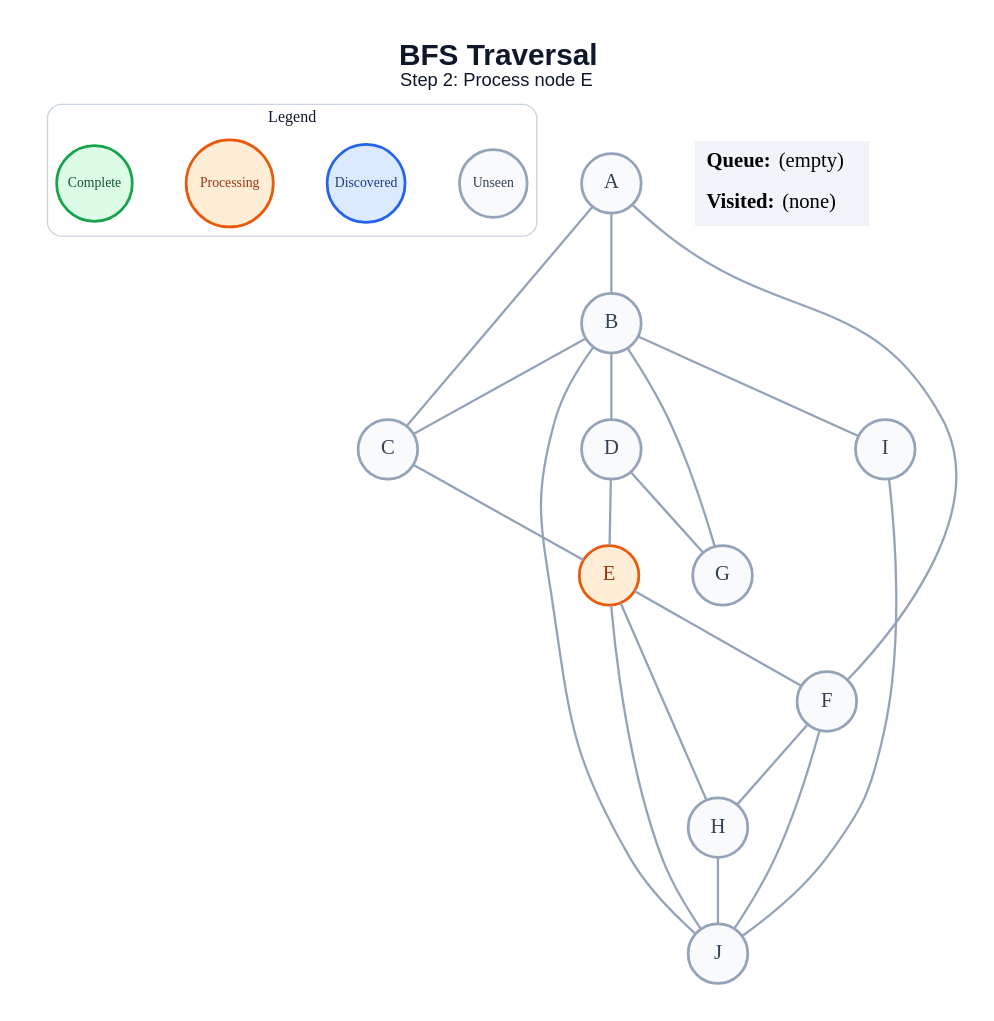
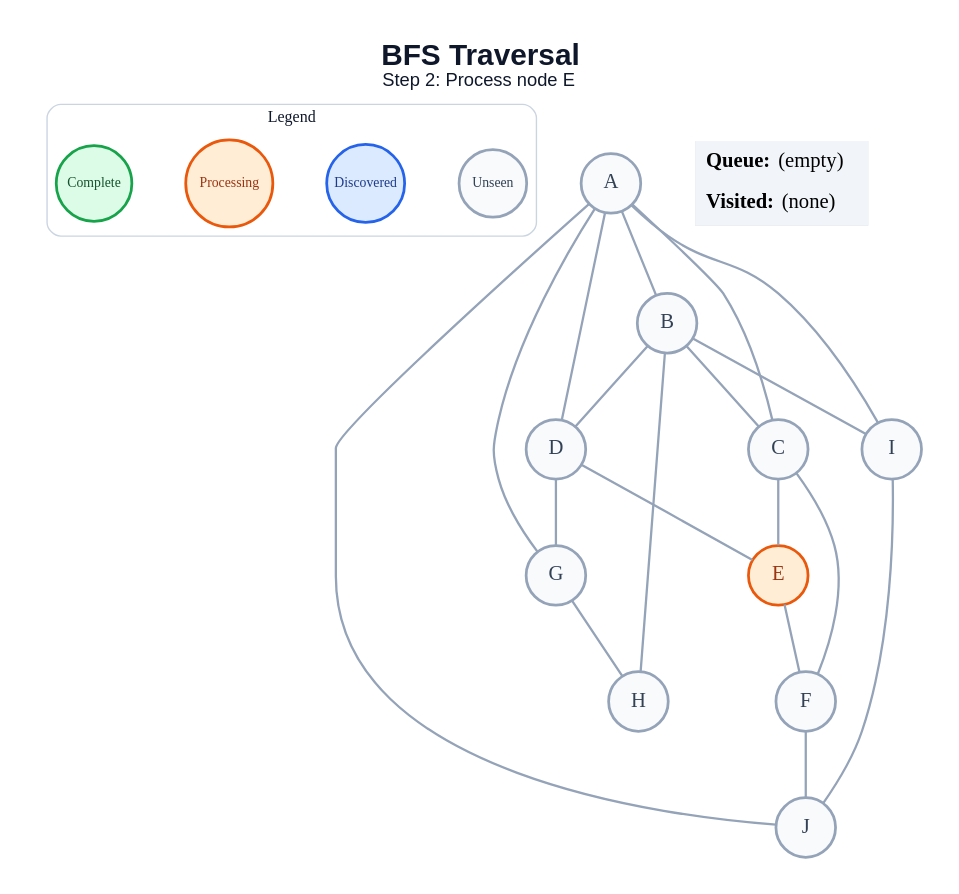
Before and after one commit to amanghodawala9/ai-slop: the diagram in generated/specific-node/bfs/step_02.dot, drawn with Graphviz. The commit also changed 178 other files, not shown here.

```diff
--- a/generated/specific-node/bfs/step_02.dot
+++ b/generated/specific-node/bfs/step_02.dot
@@ -1,47 +1,47 @@
 graph traversal {
   graph [layout=dot, rankdir=TB, bgcolor="#FFFFFF", pad="0.35", nodesep="0.65", ranksep="0.8", fontname="Arial"];
   node [shape=circle, style="filled", fontname="Arial Bold", fontsize=18, width=0.72, fixedsize=true, penwidth=2.4];
   edge [color="#94A3B8", penwidth=2.0];
   label=<<B>BFS Traversal</B><BR/><FONT POINT-SIZE="16">Step 2: Process node E</FONT>>; labelloc="t"; fontsize=26; fontname="Arial"; fontcolor="#0F172A";
   subgraph cluster_legend { label="Legend"; color="#CBD5E1"; penwidth=1.2; style="rounded"; fontsize=14; fontname="Arial Bold";
     key_unseen [label="Unseen", fillcolor="#F8FAFC", color="#94A3B8", fontcolor="#334155", fontsize=12, width=0.82];
     key_frontier [label="Discovered", fillcolor="#DBEAFE", color="#2563EB", fontcolor="#1E3A8A", fontsize=12, width=0.95];
     key_current [label="Processing", fillcolor="#FFEDD5", color="#EA580C", fontcolor="#9A3412", fontsize=12, width=1.05];
     key_done [label="Complete", fillcolor="#DCFCE7", color="#16A34A", fontcolor="#14532D", fontsize=12, width=0.92];
     { rank=same; key_unseen; key_frontier; key_current; key_done; }
   }
   A [fillcolor="#F8FAFC", color="#94A3B8", fontcolor="#334155"];
   B [fillcolor="#F8FAFC", color="#94A3B8", fontcolor="#334155"];
   C [fillcolor="#F8FAFC", color="#94A3B8", fontcolor="#334155"];
   D [fillcolor="#F8FAFC", color="#94A3B8", fontcolor="#334155"];
   E [fillcolor="#FFEDD5", color="#EA580C", fontcolor="#9A3412"];
   F [fillcolor="#F8FAFC", color="#94A3B8", fontcolor="#334155"];
   G [fillcolor="#F8FAFC", color="#94A3B8", fontcolor="#334155"];
   H [fillcolor="#F8FAFC", color="#94A3B8", fontcolor="#334155"];
   I [fillcolor="#F8FAFC", color="#94A3B8", fontcolor="#334155"];
   J [fillcolor="#F8FAFC", color="#94A3B8", fontcolor="#334155"];
   A -- B;
   A -- C;
-  A -- F;
+  A -- D;
+  A -- G;
+  A -- I;
+  A -- J;
   B -- C;
   B -- D;
-  B -- G;
+  B -- H;
   B -- I;
-  B -- J;
   C -- E;
+  C -- F;
   D -- E;
   D -- G;
   E -- F;
-  E -- H;
-  E -- J;
-  F -- H;
   F -- J;
-  H -- J;
+  G -- H;
   I -- J;
   status [shape=plain, fixedsize=false, width=0, height=0, margin=0, label=<
     <TABLE BORDER="0" CELLBORDER="0" CELLPADDING="7" BGCOLOR="#F1F5F9">
       <TR><TD ALIGN="LEFT"><B>Queue:</B> (empty)</TD></TR>
       <TR><TD ALIGN="LEFT"><B>Visited:</B> (none)</TD></TR>
     </TABLE>
   >];
 }
```
